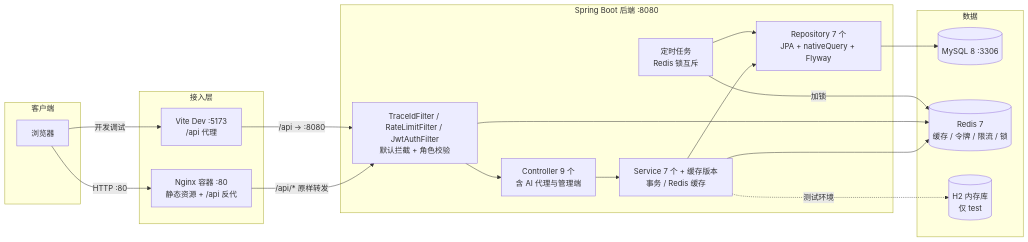
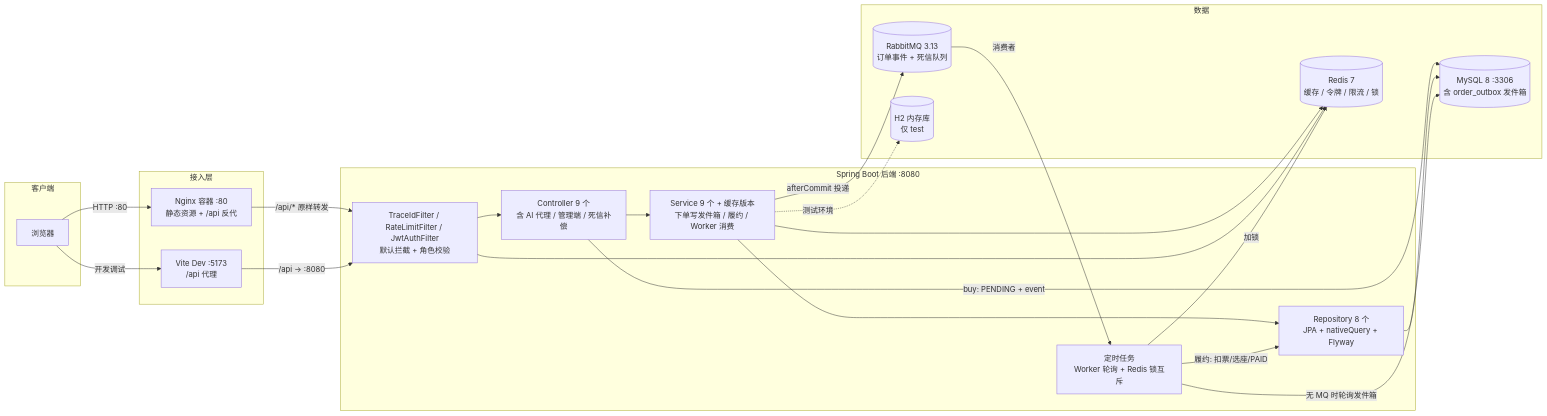
One commit to 192aaa/railway-ticket changed the first of 2 diagrams in specs/001-railway-ticket/plan.md. Above: the diagram before and after it, drawn with Mermaid. The commit also changed other lines of this file and 30 other files, not shown here.

First line of the commit message:
feat: async order fulfillment with transactional outbox

````diff
--- a/specs/001-railway-ticket/plan.md
+++ b/specs/001-railway-ticket/plan.md
@@ -41,33 +42,38 @@
 ```mermaid
 flowchart LR
     subgraph Client[客户端]
         B[浏览器]
     end
     subgraph Front[接入层]
         N[Nginx 容器 :80<br/>静态资源 + /api 反代]
         V[Vite Dev :5173<br/>/api 代理]
     end
     subgraph Back[Spring Boot 后端 :8080]
         F[TraceIdFilter / RateLimitFilter / JwtAuthFilter<br/>默认拦截 + 角色校验]
-        C[Controller 9 个<br/>含 AI 代理与管理端]
-        S[Service 7 个 + 缓存版本<br/>事务 / Redis 缓存]
-        R[Repository 7 个<br/>JPA + nativeQuery + Flyway]
-        T[定时任务<br/>Redis 锁互斥]
+        C[Controller 9 个<br/>含 AI 代理 / 管理端 / 死信补偿]
+        S[Service 9 个 + 缓存版本<br/>下单写发件箱 / 履约 / Worker 消费]
+        R[Repository 8 个<br/>JPA + nativeQuery + Flyway]
+        T[定时任务<br/>Worker 轮询 + Redis 锁互斥]
     end
     subgraph Data[数据]
-        M[(MySQL 8 :3306)]
+        M[(MySQL 8 :3306<br/>含 order_outbox 发件箱)]
         CACHE[(Redis 7<br/>缓存 / 令牌 / 限流 / 锁)]
+        MQ[(RabbitMQ 3.13<br/>订单事件 + 死信队列)]
         H[(H2 内存库<br/>仅 test)]
     end
     B -->|HTTP :80| N
     B -->|开发调试| V
     N -->|/api/* 原样转发| F
     V -->|/api → :8080| F
     F --> C --> S --> R
+    C -->|buy: PENDING + event| M
+    S -->|afterCommit 投递| MQ
+    MQ -->|消费者| T
+    T -->|履约: 扣票/选座/PAID| R
     R --> M
     S --> CACHE
     F --> CACHE
     T -->|加锁| CACHE
-    T --> R
+    T -->|无 MQ 时轮询发件箱| M
     S -.->|测试环境| H
 ```
````
